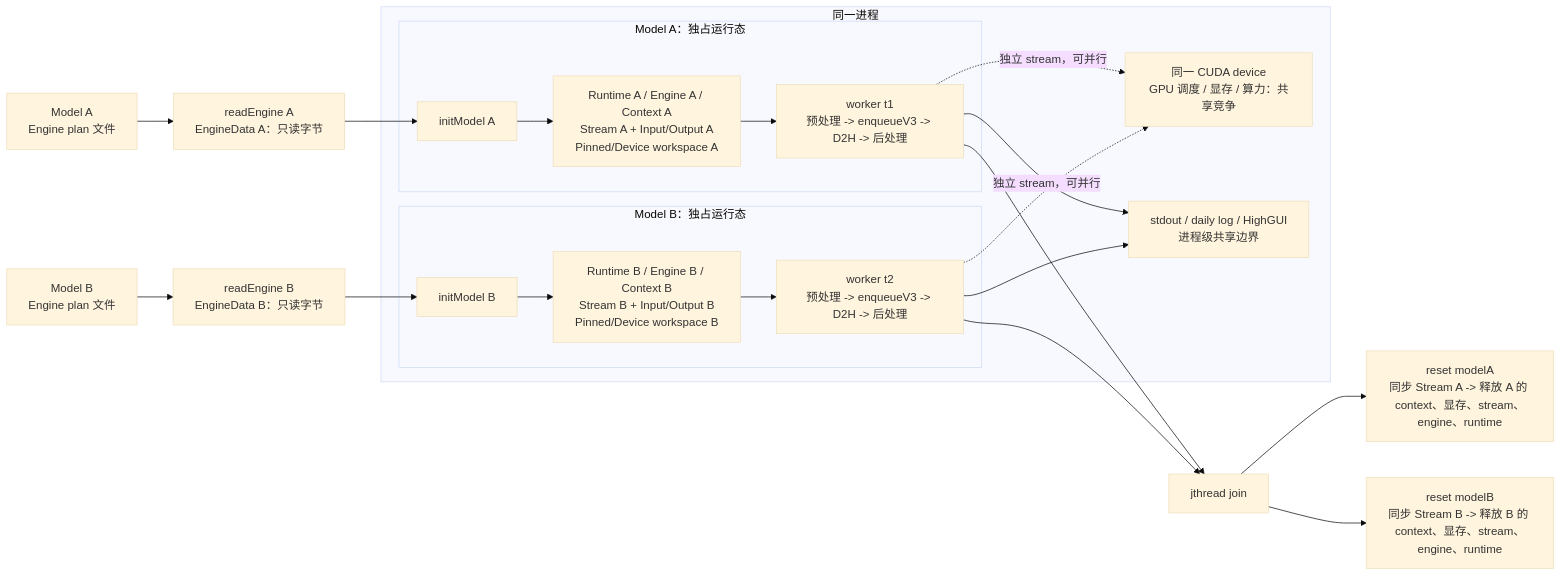
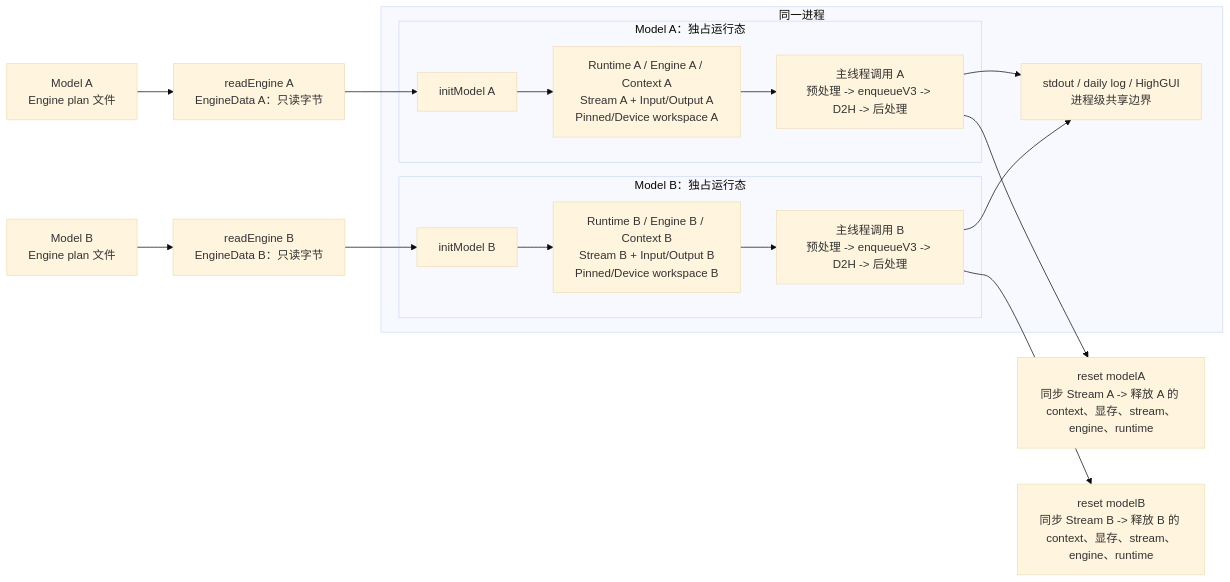
Before and after one commit to liautumn/tensorrt: the diagram in README.md, drawn with Mermaid (base theme). The commit also changed other lines of this file and 7 other files, not shown here.

````diff
--- a/README.md
+++ b/README.md
@@ -49,27 +45,23 @@
 ```mermaid
 flowchart LR
     PlanA[Model A<br/>Engine plan 文件] --> DataA[readEngine A<br/>EngineData A：只读字节]
     PlanB[Model B<br/>Engine plan 文件] --> DataB[readEngine B<br/>EngineData B：只读字节]
     DataA --> InitA[initModel A]
     DataB --> InitB[initModel B]
 
     subgraph Process[同一进程]
         subgraph LaneA[Model A：独占运行态]
             InitA --> AState[Runtime A / Engine A / Context A<br/>Stream A + Input/Output A<br/>Pinned/Device workspace A]
-            AState --> AWorker[worker t1<br/>预处理 -> enqueueV3 -> D2H -> 后处理]
+            AState --> ARun[主线程调用 A<br/>预处理 -> enqueueV3 -> D2H -> 后处理]
         end
         subgraph LaneB[Model B：独占运行态]
             InitB --> BState[Runtime B / Engine B / Context B<br/>Stream B + Input/Output B<br/>Pinned/Device workspace B]
-            BState --> BWorker[worker t2<br/>预处理 -> enqueueV3 -> D2H -> 后处理]
+            BState --> BRun[主线程调用 B<br/>预处理 -> enqueueV3 -> D2H -> 后处理]
         end
-        AWorker -. "独立 stream，可并行" .-> GPU[同一 CUDA device<br/>GPU 调度 / 显存 / 算力：共享竞争]
-        BWorker -. "独立 stream，可并行" .-> GPU
-        AWorker --> Shared[stdout / daily log / HighGUI<br/>进程级共享边界]
-        BWorker --> Shared
+        ARun --> Shared[stdout / daily log / HighGUI<br/>进程级共享边界]
+        BRun --> Shared
     end
 
-    AWorker --> Join[jthread join]
-    BWorker --> Join
-    Join --> ReleaseA[reset modelA<br/>同步 Stream A -> 释放 A 的 context、显存、stream、engine、runtime]
-    Join --> ReleaseB[reset modelB<br/>同步 Stream B -> 释放 B 的 context、显存、stream、engine、runtime]
+    ARun --> ReleaseA[reset modelA<br/>同步 Stream A -> 释放 A 的 context、显存、stream、engine、runtime]
+    BRun --> ReleaseB[reset modelB<br/>同步 Stream B -> 释放 B 的 context、显存、stream、engine、runtime]
 ```
````
